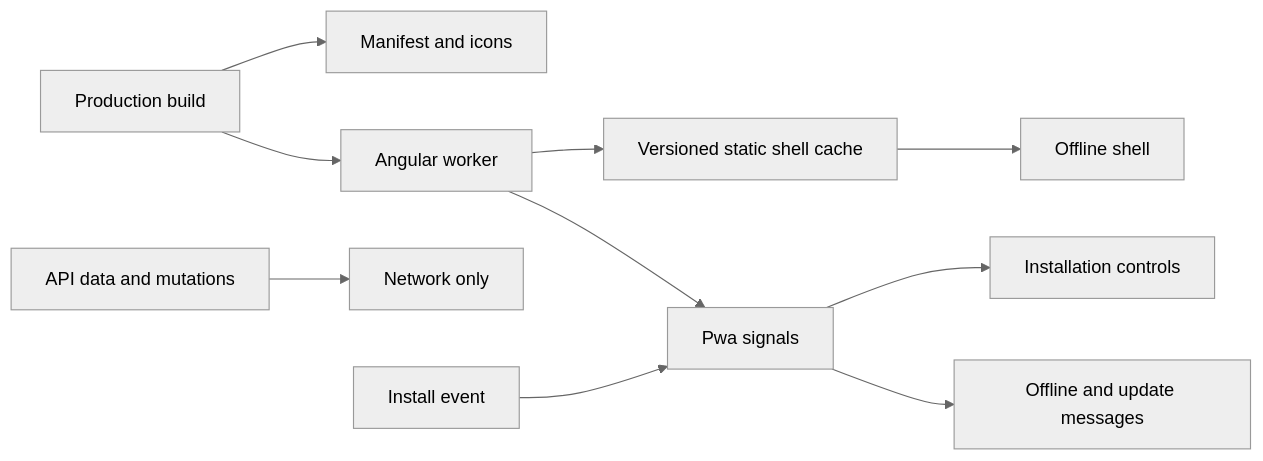
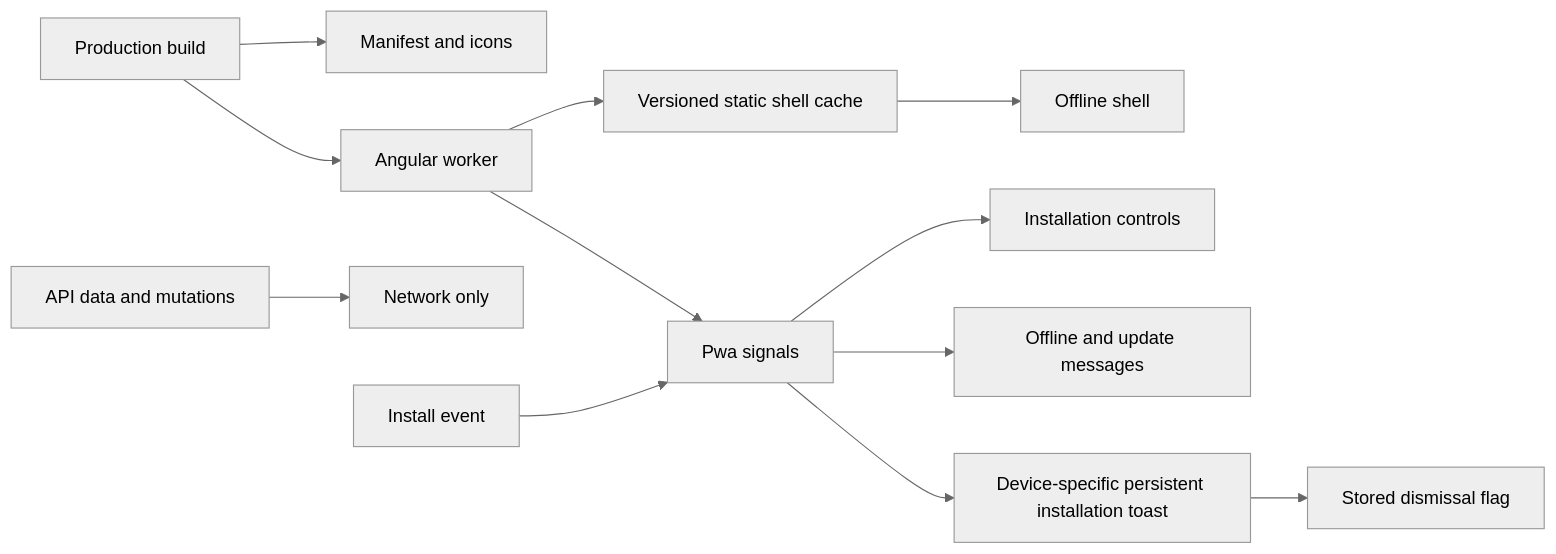
Before and after one commit to Zwezh/media-shelf: the diagram in lode/ui/pwa.md, drawn with Mermaid (neutral theme). The commit also changed other lines of this file and 63 other files, not shown here.

````diff
--- a/lode/ui/pwa.md
+++ b/lode/ui/pwa.md
@@ -24,12 +27,14 @@
 ```mermaid
 flowchart LR
   Build[Production build] --> Manifest[Manifest and icons]
   Build --> Worker[Angular worker]
   Worker --> Cache[Versioned static shell cache]
   Cache --> Offline[Offline shell]
   API[API data and mutations] --> Network[Network only]
   Browser[Install event] --> Pwa[Pwa signals]
   Worker --> Pwa
   Pwa --> About[Installation controls]
   Pwa --> Status[Offline and update messages]
+  Pwa --> Toast[Device-specific persistent installation toast]
+  Toast --> Dismissal[Stored dismissal flag]
 ```
````
